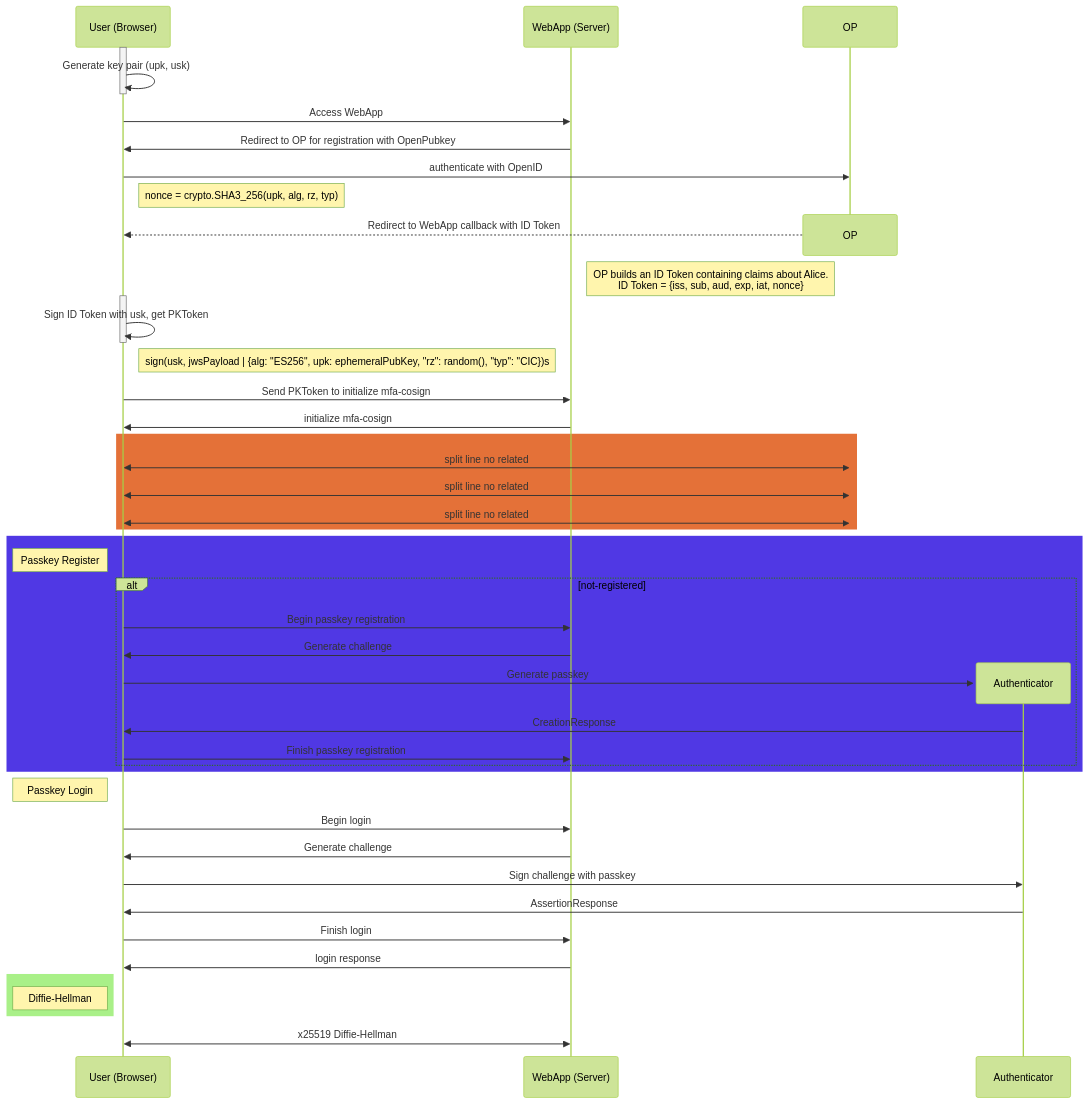
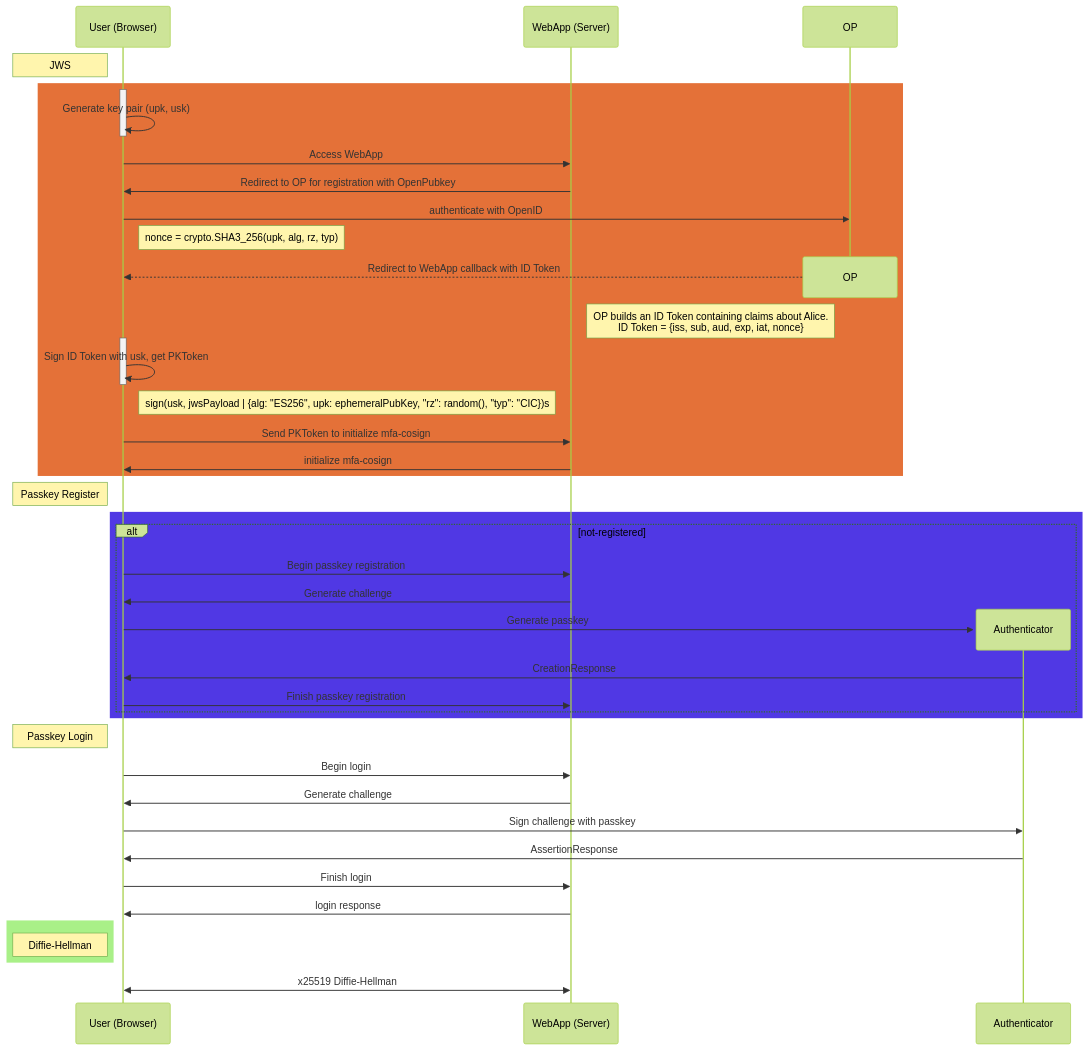
The diagram in docs/passkey/openpubkey_authentication.md (hpgo6688/wrong-docs), drawn with Mermaid (forest theme) before and after one commit.

Commit message:
Auto commit: 2025-04-16 12:10:01

````diff
--- a/docs/passkey/openpubkey_authentication.md
+++ b/docs/passkey/openpubkey_authentication.md
@@ -15,53 +15,52 @@
 ```mermaid
 
 sequenceDiagram
+ Note left of User: JWS
+ rect rgba(225, 98, 35, 0.9)
     participant User as User (Browser)
     participant WebApp as WebApp (Server)
 
     activate User
     User->>User: Generate key pair (upk, usk)
     deactivate User
     User->>WebApp: Access WebApp
     WebApp->>User: Redirect to OP for registration with OpenPubkey
 
     User->>OP: authenticate with OpenID
     Note right of User: nonce = crypto.SHA3_256(upk, alg, rz, typ)
     destroy OP
     OP-->>User: Redirect to WebApp callback with ID Token
     Note left of OP: OP builds an ID Token containing claims about Alice.<br/>ID Token = {iss, sub, aud, exp, iat, nonce}
     activate User
     User->>User: Sign ID Token with usk, get PKToken
     deactivate User
     Note right of User: sign(usk, jwsPayload | {alg: "ES256", upk: ephemeralPubKey, "rz": random(), "typ": "CIC})s
 
     User->>WebApp: Send PKToken to initialize mfa-cosign
     WebApp->>User: initialize mfa-cosign
-    rect rgba(225, 98, 35, 0.9)
-    User<<->>OP: split line no related
-    User<<->>OP: split line no related
-    User<<->>OP: split line no related
     end
+
+    Note left of User: Passkey Register
     rect rgba(61, 35, 225, 0.9)
-    Note left of User: Passkey Register
     alt not-registered
     User->>WebApp: Begin passkey registration
     WebApp->>User: Generate challenge
     create participant Authenticator
     User->>Authenticator: Generate passkey
     Authenticator->>User: CreationResponse
     User->>WebApp: Finish passkey registration
     end
     end
     Note left of User: Passkey Login
     User->>WebApp: Begin login
     WebApp->>User: Generate challenge
     User->>Authenticator: Sign challenge with passkey
     Authenticator->>User: AssertionResponse
     User->>WebApp: Finish login
     WebApp->>User: login response
     rect rgba(84, 225, 18, 0.5)
     Note left of User: Diffie-Hellman
     end
 
     WebApp<<->>User: x25519 Diffie-Hellman
 ```
````
